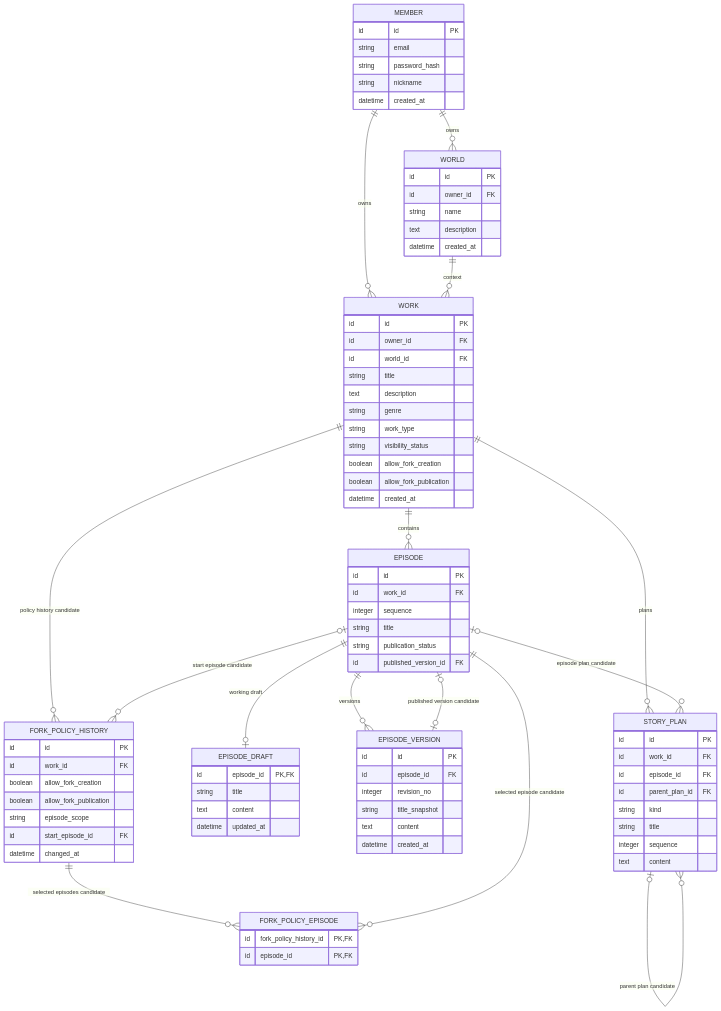
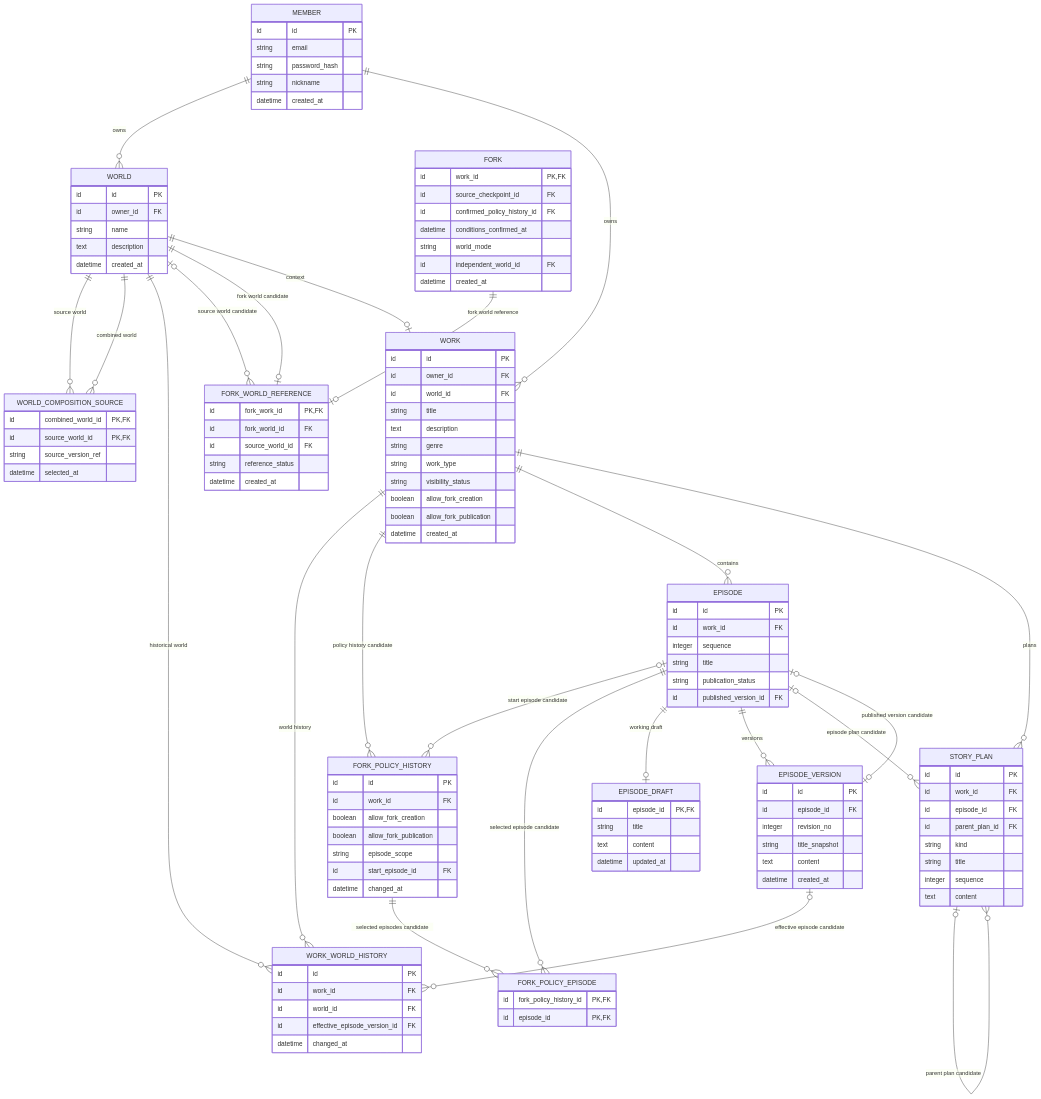
One commit to SKNETWORKS-FAMILY-AICAMP/SKN34-FINAL-4TEAM changed the diagram in docs/design/erd/core/work-and-writing.md. Above: the diagram before and after it, drawn with Mermaid. The commit also changed other lines of this file and 16 other files, not shown here.

````diff
--- a/docs/design/erd/core/work-and-writing.md
+++ b/docs/design/erd/core/work-and-writing.md
@@ -9,8 +9,16 @@
 ```mermaid
 erDiagram
+    WORLD ||--o{ WORLD_COMPOSITION_SOURCE : "source world"
+    WORLD ||--o{ WORLD_COMPOSITION_SOURCE : "combined world"
+    WORK ||--o{ WORK_WORLD_HISTORY : "world history"
+    WORLD ||--o{ WORK_WORLD_HISTORY : "historical world"
+    EPISODE_VERSION o|--o{ WORK_WORLD_HISTORY : "effective episode candidate"
+    WORLD o|--o{ FORK_WORLD_REFERENCE : "source world candidate"
+    WORLD ||--o| FORK_WORLD_REFERENCE : "fork world candidate"
+    FORK ||--o| FORK_WORLD_REFERENCE : "fork world reference"
     MEMBER ||--o{ WORLD : owns
     MEMBER ||--o{ WORK : owns
-    WORLD ||--o{ WORK : context
+    WORLD ||--o| WORK : context
     WORK ||--o{ FORK_POLICY_HISTORY : "policy history candidate"
     EPISODE o|--o{ FORK_POLICY_HISTORY : "start episode candidate"
     FORK_POLICY_HISTORY ||--o{ FORK_POLICY_EPISODE : "selected episodes candidate"
@@ -95,4 +103,33 @@
         integer sequence
         text content
     }
+    FORK {
+        id work_id PK,FK
+        id source_checkpoint_id FK
+        id confirmed_policy_history_id FK
+        datetime conditions_confirmed_at
+        string world_mode
+        id independent_world_id FK
+        datetime created_at
+    }
+    WORLD_COMPOSITION_SOURCE {
+        id combined_world_id PK,FK
+        id source_world_id PK,FK
+        string source_version_ref
+        datetime selected_at
+    }
+    WORK_WORLD_HISTORY {
+        id id PK
+        id work_id FK
+        id world_id FK
+        id effective_episode_version_id FK
+        datetime changed_at
+    }
+    FORK_WORLD_REFERENCE {
+        id fork_work_id PK,FK
+        id fork_world_id FK
+        id source_world_id FK
+        string reference_status
+        datetime created_at
+    }
 ```
````
